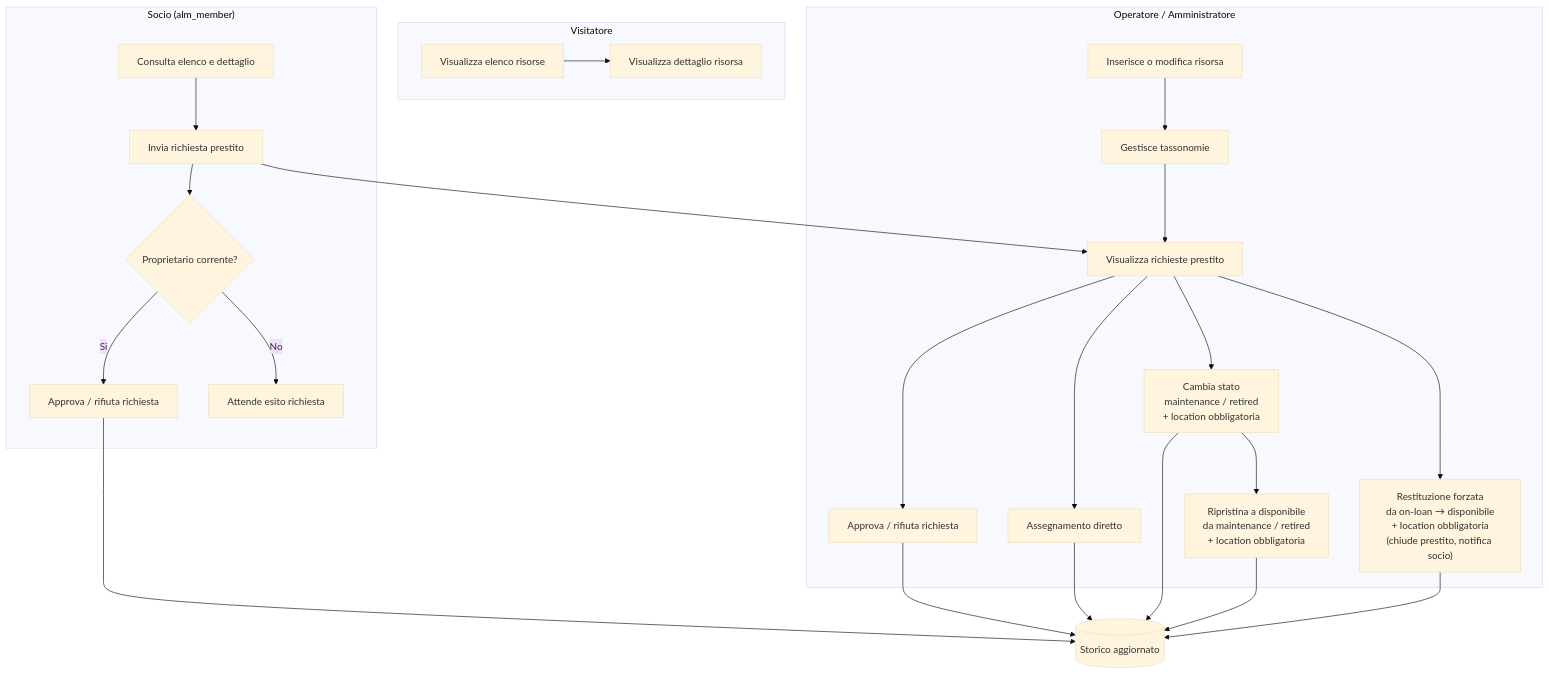
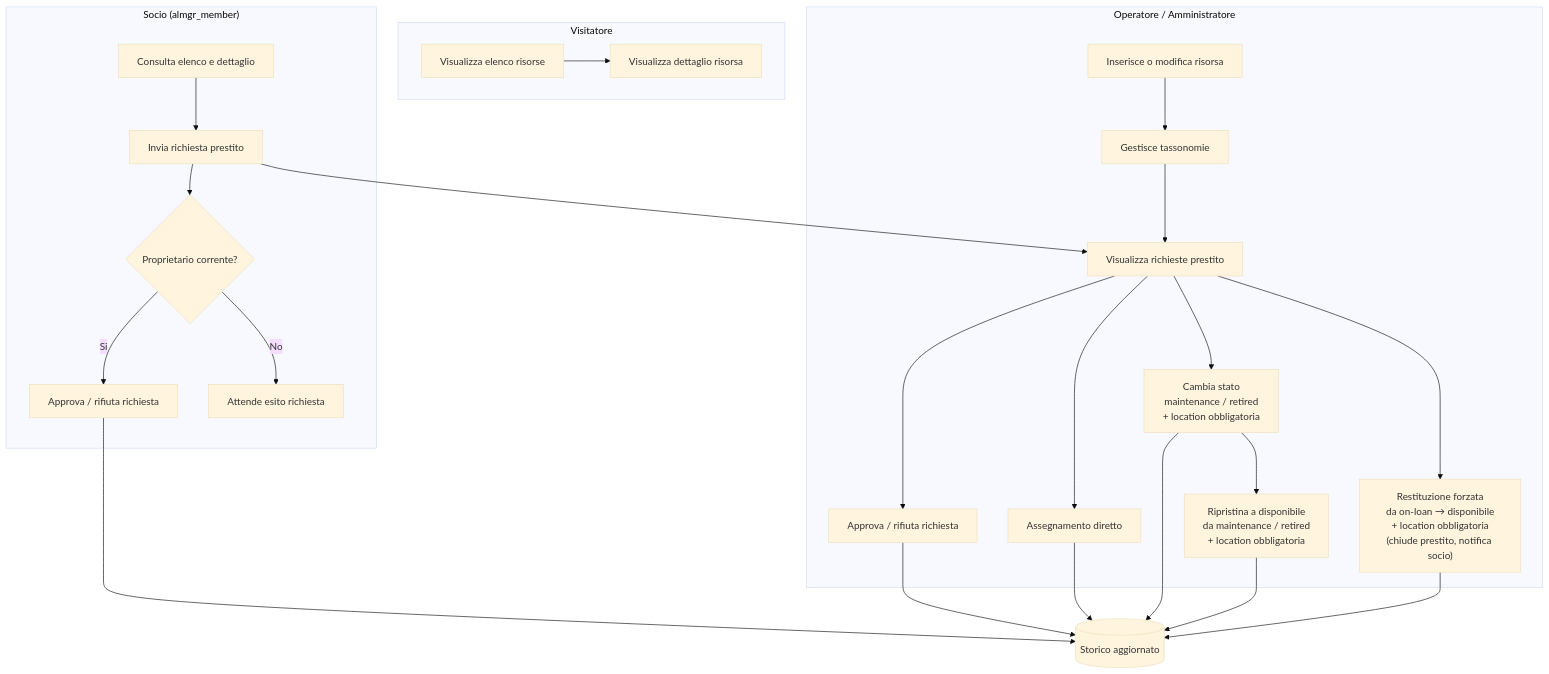
The diagram in DOC/SchemaAzioniSwimlane.md (ilclaudio/asset-lending-manager), drawn with Mermaid (base theme) before and after one commit. The commit also changed other lines of this file and 30 other files, not shown here.

Commit message:
Refactoring: New massive refactoring changing alm_ in almgr_

````diff
--- a/DOC/SchemaAzioniSwimlane.md
+++ b/DOC/SchemaAzioniSwimlane.md
@@ -10,47 +10,47 @@
 ```mermaid
 flowchart TD
   subgraph VIS["Visitatore"]
     V1["Visualizza elenco risorse"]
     V2["Visualizza dettaglio risorsa"]
     V1 --> V2
   end
 
-  subgraph SOC["Socio (alm_member)"]
+  subgraph SOC["Socio (almgr_member)"]
     S1["Consulta elenco e dettaglio"]
     S2["Invia richiesta prestito"]
     S3{"Proprietario corrente?"}
     S4["Approva / rifiuta richiesta"]
     S5["Attende esito richiesta"]
     S1 --> S2 --> S3
     S3 -->|Si| S4
     S3 -->|No| S5
   end
 
   subgraph OPE["Operatore / Amministratore"]
     O1["Inserisce o modifica risorsa"]
     O2["Gestisce tassonomie"]
     O3["Visualizza richieste prestito"]
     O4["Approva / rifiuta richiesta"]
     O5["Assegnamento diretto"]
     O6["Cambia stato\nmaintenance / retired\n+ location obbligatoria"]
     O7["Ripristina a disponibile\nda maintenance / retired\n+ location obbligatoria"]
     O8["Restituzione forzata\nda on-loan → disponibile\n+ location obbligatoria\n(chiude prestito, notifica socio)"]
     O1 --> O2
     O2 --> O3
     O3 --> O4
     O3 --> O5
     O3 --> O6
     O6 --> O7
     O3 --> O8
   end
 
   H1[("Storico aggiornato")]
 
   S2 --> O3
   S4 --> H1
   O4 --> H1
   O5 --> H1
   O6 --> H1
   O7 --> H1
   O8 --> H1
 ```
````
